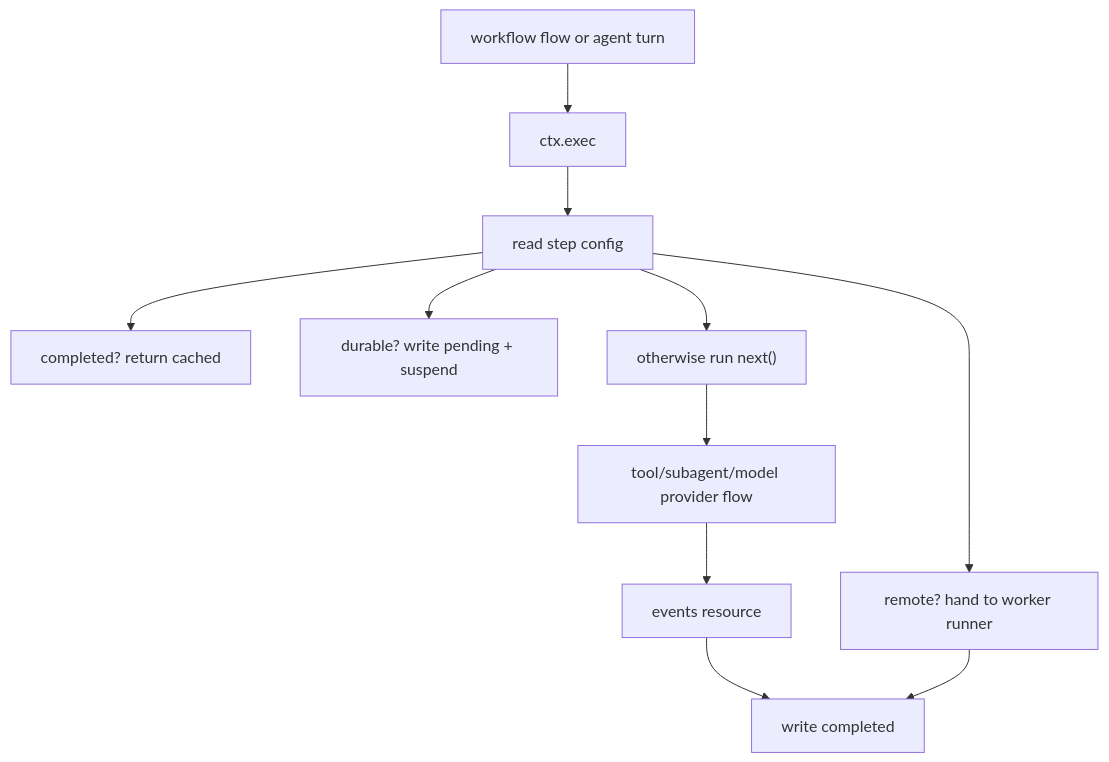
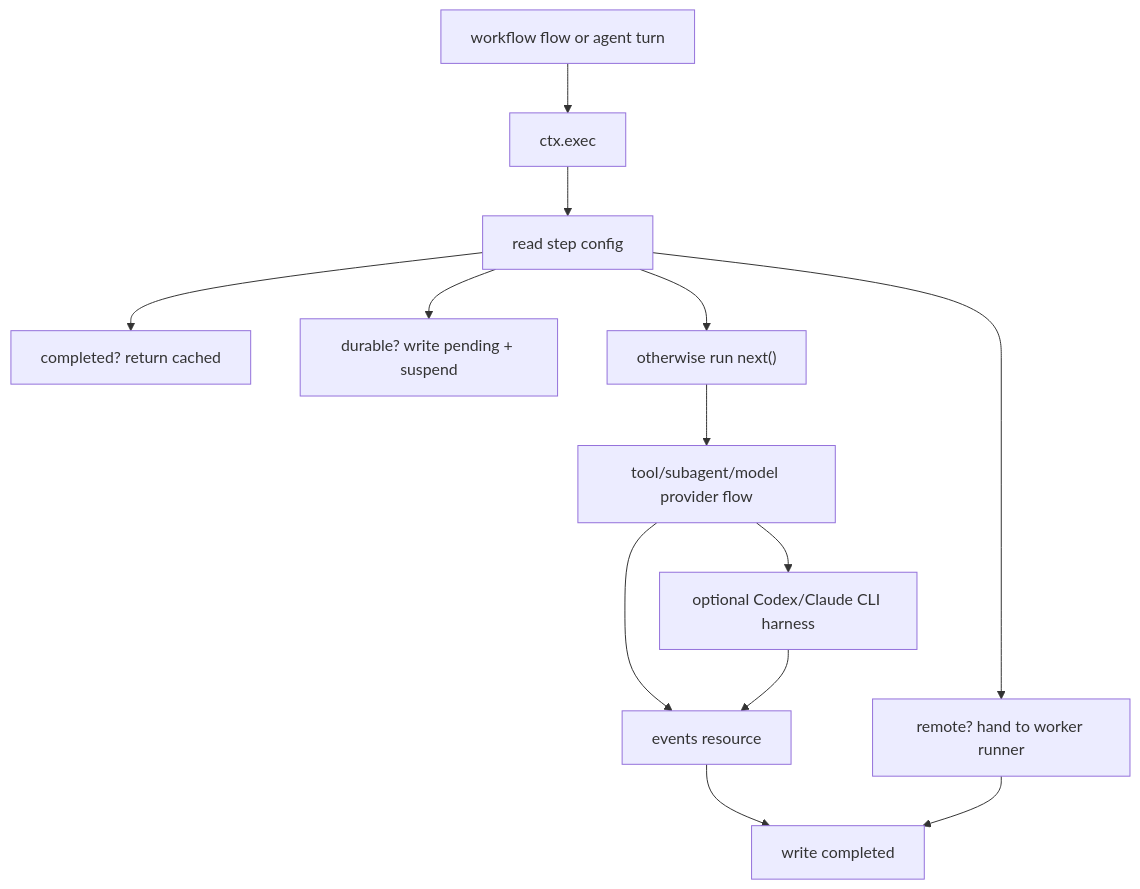
Before and after one commit to pumped-fn/pumped-fn: the diagram in packages/agent-sdk/README.md, drawn with Mermaid. The commit also changed other lines of this file and 4 other files, not shown here.

````diff
--- a/packages/agent-sdk/README.md
+++ b/packages/agent-sdk/README.md
@@ -20,13 +20,15 @@
 ```mermaid
 flowchart TD
   Root["workflow flow or agent turn"] --> Exec["ctx.exec"]
   Exec --> Config["read step config"]
   Config --> Replay["completed? return cached"]
   Config --> Durable["durable? write pending + suspend"]
   Config --> Remote["remote? hand to worker runner"]
   Config --> Local["otherwise run next()"]
   Local --> Tool["tool/subagent/model provider flow"]
+  Tool --> CLI["optional Codex/Claude CLI harness"]
   Tool --> Events["events resource"]
+  CLI --> Events
   Events --> Log["write completed"]
   Remote --> Log
 ```
````
